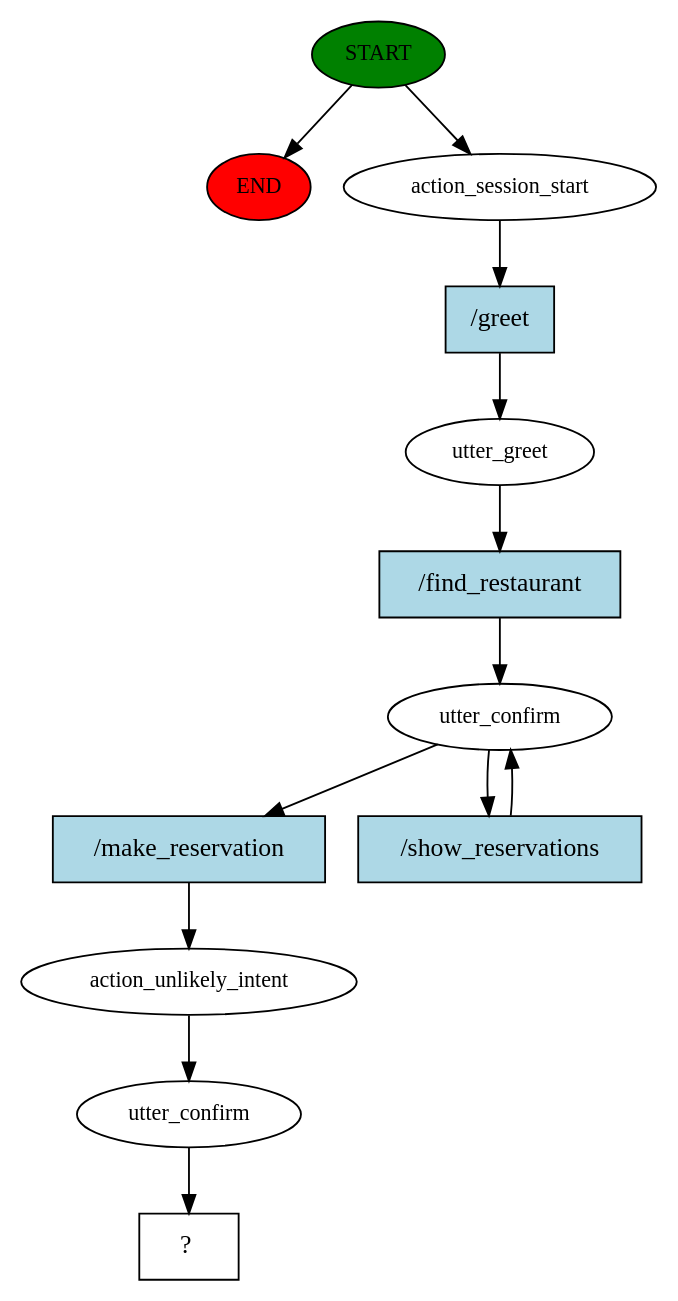
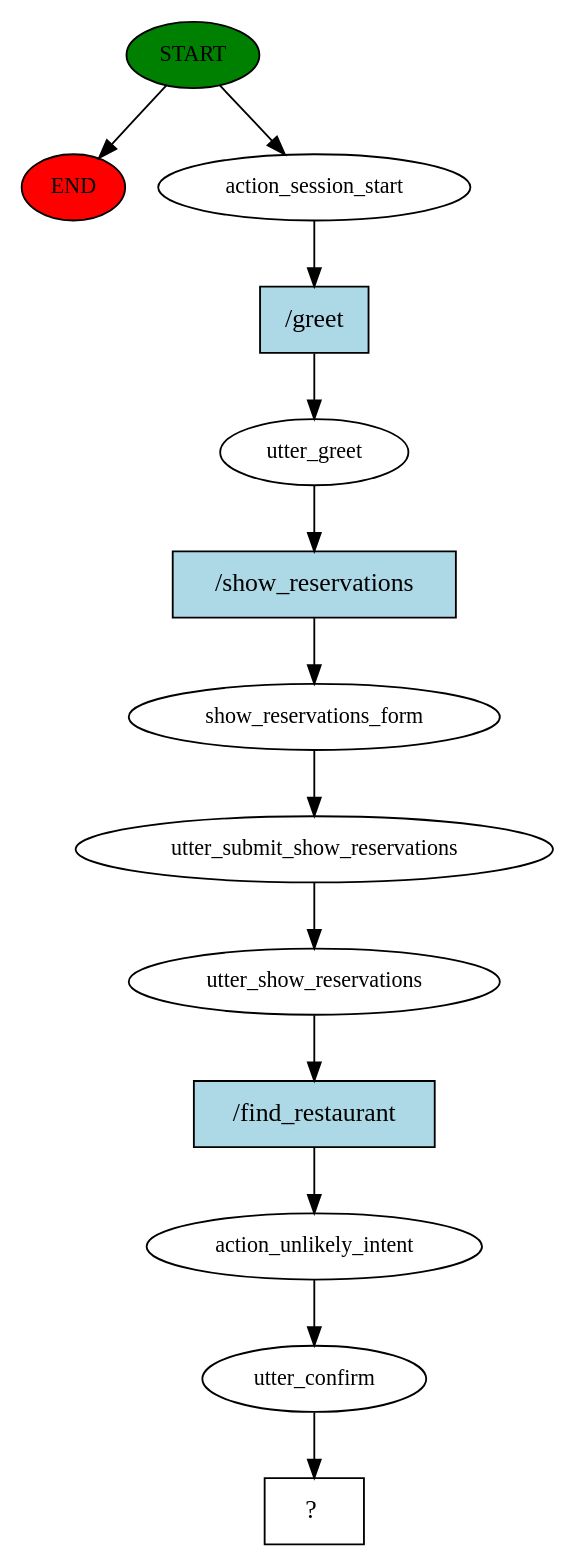
Before and after one commit to AsiaSzych/IU_Voice_Assistants: the diagram in rasa_chatbot/story_graph.dot, drawn with Graphviz. The commit also changed 5 other files, not shown here.

Commit message:
show_reservations_form

```diff
--- a/rasa_chatbot/story_graph.dot
+++ b/rasa_chatbot/story_graph.dot
@@ -1,26 +1,27 @@
 digraph  {
 0 [class="start active", fillcolor=green, fontsize=12, label=START, style=filled];
 "-1" [class=end, fillcolor=red, fontsize=12, label=END, style=filled];
 1 [class=active, fontsize=12, label=action_session_start];
 2 [class=active, fontsize=12, label=utter_greet];
-3 [class=active, fontsize=12, label=utter_confirm];
-5 [class=active, fontsize=12, label=action_unlikely_intent];
-6 [class=active, fontsize=12, label=utter_confirm];
-7 [class="intent dashed active", label="  ?  ", shape=rect];
-8 [class="intent active", fillcolor=lightblue, label="/greet", shape=rect, style=filled];
-9 [class="intent active", fillcolor=lightblue, label="/find_restaurant", shape=rect, style=filled];
-10 [class="intent active", fillcolor=lightblue, label="/make_reservation", shape=rect, style=filled];
-11 [class="intent active", fillcolor=lightblue, label="/show_reservations", shape=rect, style=filled];
+3 [class=active, fontsize=12, label=show_reservations_form];
+4 [class=active, fontsize=12, label=utter_submit_show_reservations];
+5 [class=active, fontsize=12, label=utter_show_reservations];
+6 [class=active, fontsize=12, label=action_unlikely_intent];
+7 [class=active, fontsize=12, label=utter_confirm];
+8 [class="intent dashed active", label="  ?  ", shape=rect];
+9 [class="intent active", fillcolor=lightblue, label="/greet", shape=rect, style=filled];
+10 [class="intent active", fillcolor=lightblue, label="/show_reservations", shape=rect, style=filled];
+11 [class="intent active", fillcolor=lightblue, label="/find_restaurant", shape=rect, style=filled];
 0 -> "-1"  [class="", key=NONE, label=""];
 0 -> 1  [class=active, key=NONE, label=""];
-1 -> 8  [class=active, key=0];
-2 -> 9  [class=active, key=0];
-3 -> 10  [class=active, key=0];
-3 -> 11  [class=active, key=0];
-5 -> 6  [class=active, key=NONE, label=""];
+1 -> 9  [class=active, key=0];
+2 -> 10  [class=active, key=0];
+3 -> 4  [class=active, key=NONE, label=""];
+4 -> 5  [class=active, key=NONE, label=""];
+5 -> 11  [class=active, key=0];
 6 -> 7  [class=active, key=NONE, label=""];
-8 -> 2  [class=active, key=0];
-9 -> 3  [class=active, key=0];
-10 -> 5  [class=active, key=0];
-11 -> 3  [class=active, key=0];
+7 -> 8  [class=active, key=NONE, label=""];
+9 -> 2  [class=active, key=0];
+10 -> 3  [class=active, key=0];
+11 -> 6  [class=active, key=0];
 }
```
